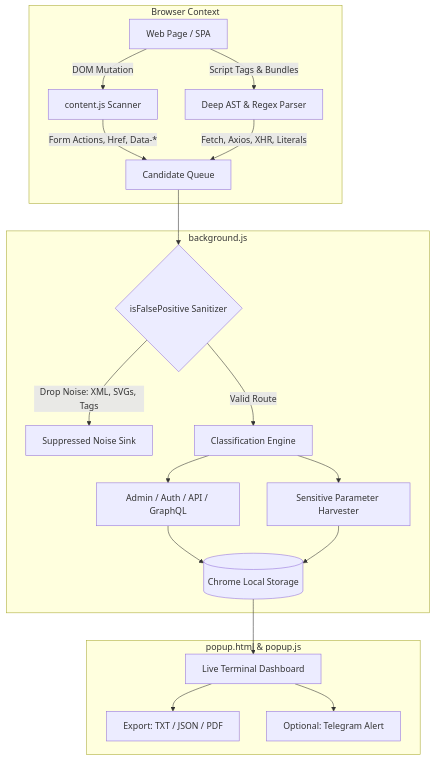
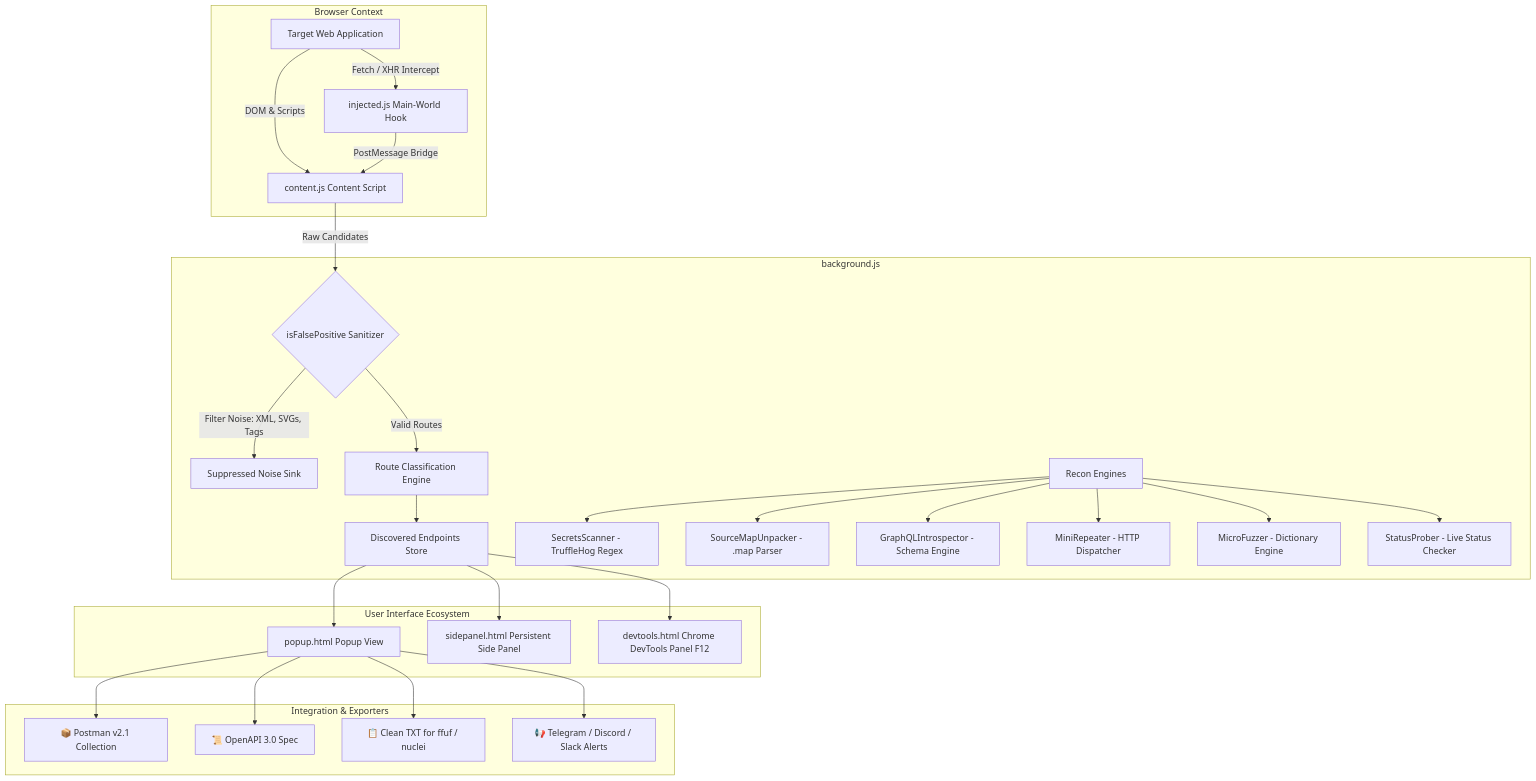
The diagram in README.md (pratik-khairnar-sec/endpoint-finder-extension), drawn with Mermaid before and after one commit. The commit also changed other lines of this file and 21 other files, not shown here.

Commit message:
feat: release v4.0.0 with WebSocket interceptor, Parameter Miner, SPA DOM Walker, HAR 1.2 exporter & cyber logo

````diff
--- a/README.md
+++ b/README.md
@@ -77,25 +80,37 @@
 ```mermaid
 flowchart TD
     subgraph Browser Context
-        A[Web Page / SPA] -->|DOM Mutation| B[content.js Scanner]
-        A -->|Script Tags & Bundles| C[Deep AST & Regex Parser]
-        B -->|Form Actions, Href, Data-*| D[Candidate Queue]
-        C -->|Fetch, Axios, XHR, Literals| D
+        Page[Target Web Application] -->|DOM & Scripts| CS[content.js Content Script]
+        Page -->|Fetch / XHR Intercept| INJ[injected.js Main-World Hook]
+        INJ -->|PostMessage Bridge| CS
     end
 
-    subgraph Service Worker [background.js]
-        D --> E{isFalsePositive Sanitizer}
-        E -->|Drop Noise: XML, SVGs, Tags| F[Suppressed Noise Sink]
-        E -->|Valid Route| G[Classification Engine]
-        G --> H[Admin / Auth / API / GraphQL]
-        G --> I[Sensitive Parameter Harvester]
-        H --> J[(Chrome Local Storage)]
-        I --> J
+    subgraph MV3 Service Worker [background.js]
+        CS -->|Raw Candidates| NOISE{isFalsePositive Sanitizer}
+        NOISE -->|Filter Noise: XML, SVGs, Tags| TRASH[Suppressed Noise Sink]
+        NOISE -->|Valid Routes| CLASSIFY[Route Classification Engine]
+        
+        CLASSIFY --> ENDPOINTS[Discovered Endpoints Store]
+        
+        SW_ENGINES[Recon Engines]
+        SW_ENGINES --> SEC[SecretsScanner - TruffleHog Regex]
+        SW_ENGINES --> SM[SourceMapUnpacker - .map Parser]
+        SW_ENGINES --> GQL[GraphQLIntrospector - Schema Engine]
+        SW_ENGINES --> REP[MiniRepeater - HTTP Dispatcher]
+        SW_ENGINES --> FUZZ[MicroFuzzer - Dictionary Engine]
+        SW_ENGINES --> PROBE[StatusProber - Live Status Checker]
     end
 
-    subgraph User Interface [popup.html & popup.js]
-        J --> K[Live Terminal Dashboard]
-        K --> L[Export: TXT / JSON / PDF]
-        K --> M[Optional: Telegram Alert]
+    subgraph User Interface Ecosystem
+        ENDPOINTS --> POPUP[popup.html Popup View]
+        ENDPOINTS --> SIDEPANEL[sidepanel.html Persistent Side Panel]
+        ENDPOINTS --> DEVTOOLS[devtools.html Chrome DevTools Panel F12]
+    end
+
+    subgraph Integration & Exporters
+        POPUP --> POSTMAN[📦 Postman v2.1 Collection]
+        POPUP --> OPENAPI[📜 OpenAPI 3.0 Spec]
+        POPUP --> CLI_TXT[📋 Clean TXT for ffuf / nuclei]
+        POPUP --> WEBHOOKS[📢 Telegram / Discord / Slack Alerts]
     end
 ```
````
